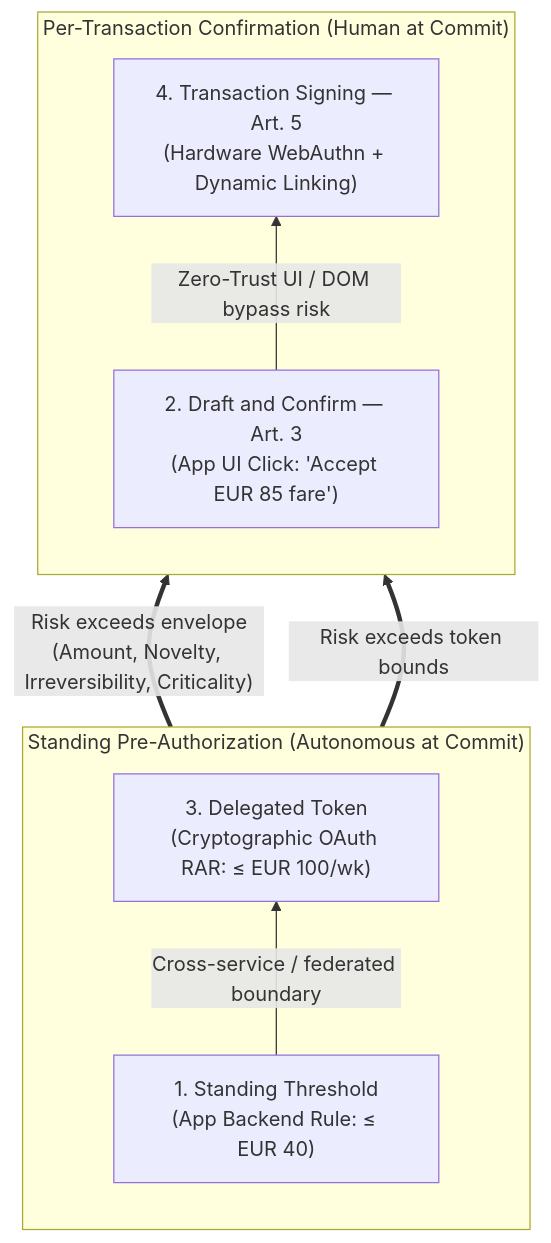
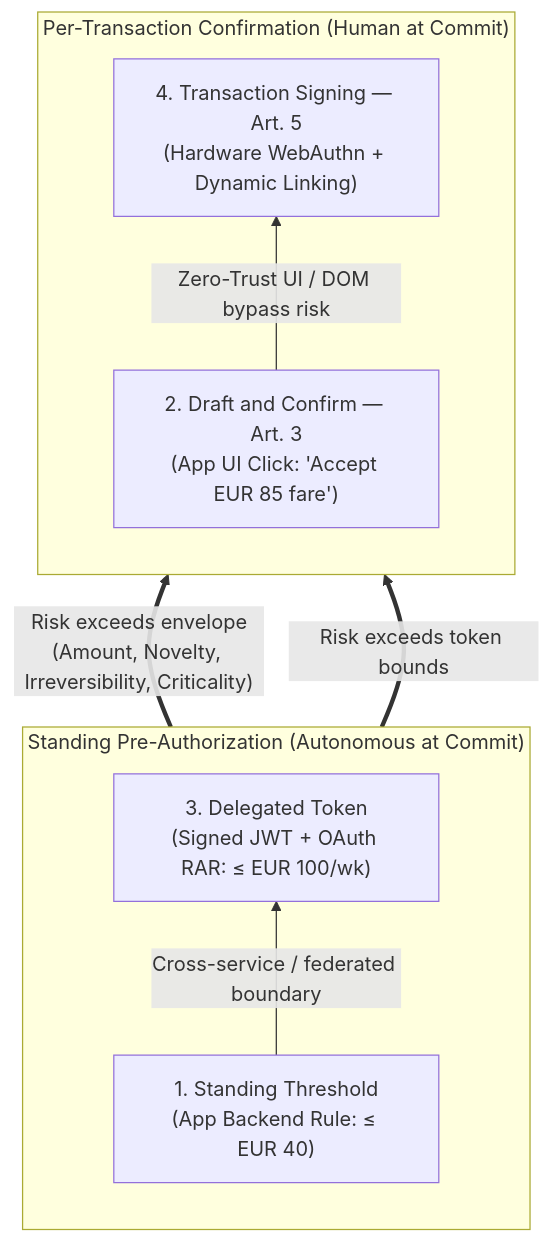
The second of 2 diagrams in content/posts/webmcp-delegated-authority.md (gfilardo/gf-notebook), drawn with Mermaid before and after one commit. The commit also changed other lines of this file and 7 other files, not shown here.

````diff
--- a/content/posts/webmcp-delegated-authority.md
+++ b/content/posts/webmcp-delegated-authority.md
@@ -88,15 +77,15 @@
 ```mermaid#wide The two-axis confirmation quadrant: transaction risk moves left to right; trust boundaries move bottom to top.
 flowchart BT
     subgraph LEFT["Standing Pre-Authorization (Autonomous at Commit)"]
         direction BT
-        P1["1. Standing Threshold<br/>(App Backend Rule: ≤ EUR 40)"] -->|"Cross-service / federated boundary"| P3["3. Delegated Token<br/>(Cryptographic OAuth RAR: ≤ EUR 100/wk)"]
+        P1["1. Standing Threshold<br/>(App Backend Rule: ≤ EUR 40)"] -->|"Cross-service / federated boundary"| P3["3. Delegated Token<br/>(Signed JWT + OAuth RAR: ≤ EUR 100/wk)"]
     end
 
     subgraph RIGHT["Per-Transaction Confirmation (Human at Commit)"]
         direction BT
         P2["2. Draft and Confirm — Art. 3<br/>(App UI Click: 'Accept EUR 85 fare')"] -->|"Zero-Trust UI / DOM bypass risk"| P4["4. Transaction Signing — Art. 5<br/>(Hardware WebAuthn + Dynamic Linking)"]
     end
 
     P1 ==>|"Risk exceeds envelope<br/>(Amount, Novelty, Irreversibility, Criticality)"| P2
     P3 ==>|"Risk exceeds token bounds"| P4
 ```
````
